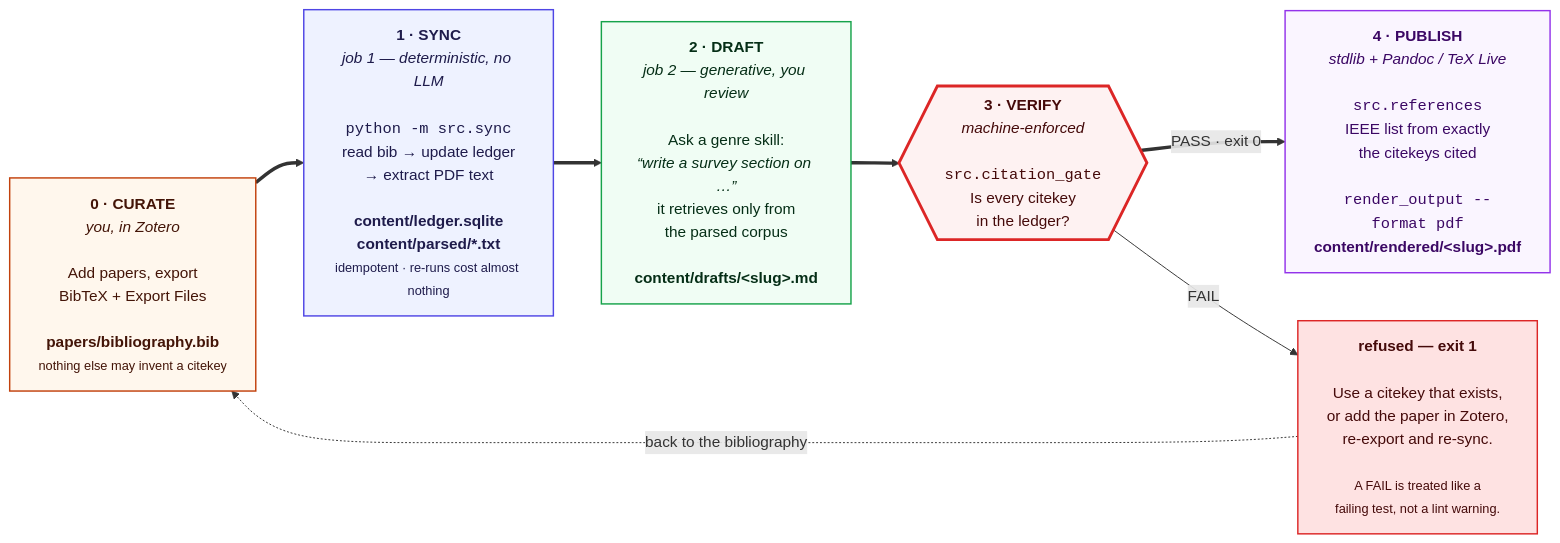
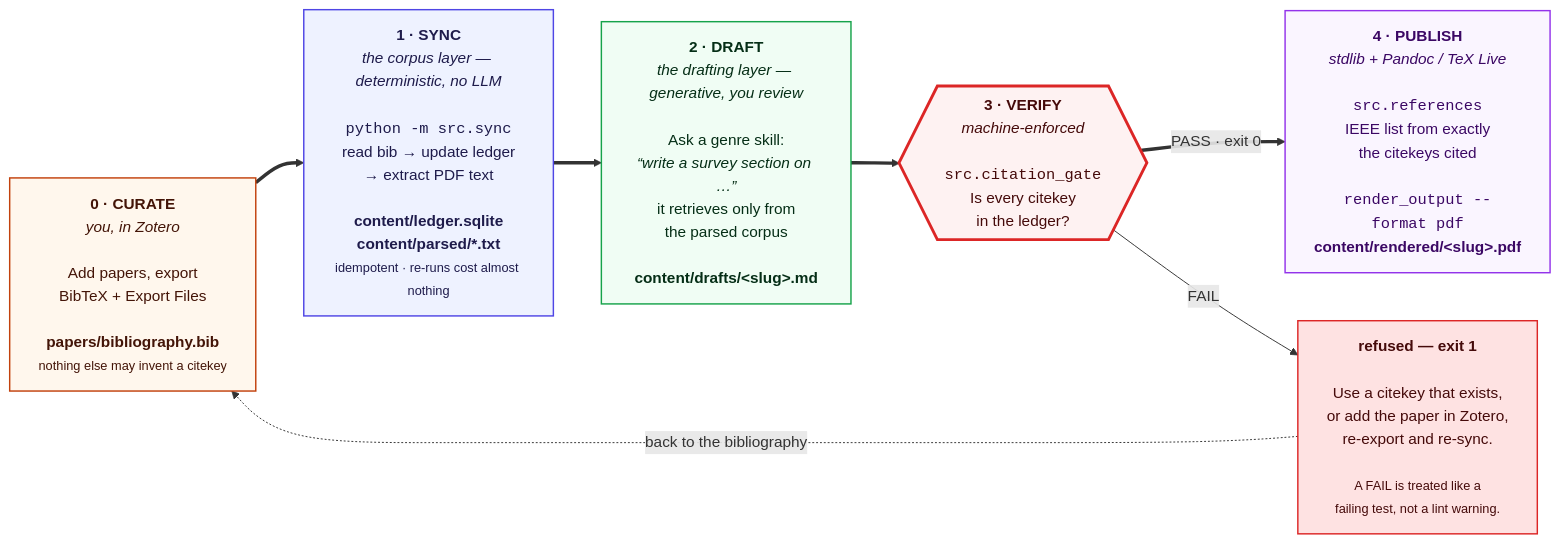
Before and after one commit to prasadtalasila/automated-research: the diagram in README.md, drawn with Mermaid. The commit also changed other lines of this file and 33 other files, not shown here.

````diff
--- a/README.md
+++ b/README.md
@@ -46,34 +42,34 @@
 ```mermaid
 flowchart LR
 
   P0["<b>0 · CURATE</b><br/><i>you, in Zotero</i><br/><br/>Add papers, export<br/>BibTeX + Export Files<br/><br/><b>papers/bibliography.bib</b><br/><small>nothing else may invent a citekey</small>"]
 
-  P1["<b>1 · SYNC</b><br/><i>job 1 — deterministic, no LLM</i><br/><br/><code>python -m src.sync</code><br/>read bib → update ledger<br/>→ extract PDF text<br/><br/><b>content/ledger.sqlite</b><br/><b>content/parsed/*.txt</b><br/><small>idempotent · re-runs cost almost nothing</small>"]
+  P1["<b>1 · SYNC</b><br/><i>the corpus layer — deterministic, no LLM</i><br/><br/><code>python -m src.sync</code><br/>read bib → update ledger<br/>→ extract PDF text<br/><br/><b>content/ledger.sqlite</b><br/><b>content/parsed/*.txt</b><br/><small>idempotent · re-runs cost almost nothing</small>"]
 
-  P2["<b>2 · DRAFT</b><br/><i>job 2 — generative, you review</i><br/><br/>Ask a genre skill:<br/><i>“write a survey section on …”</i><br/>it retrieves only from<br/>the parsed corpus<br/><br/><b>content/drafts/&lt;slug&gt;.md</b>"]
+  P2["<b>2 · DRAFT</b><br/><i>the drafting layer — generative, you review</i><br/><br/>Ask a genre skill:<br/><i>“write a survey section on …”</i><br/>it retrieves only from<br/>the parsed corpus<br/><br/><b>content/drafts/&lt;slug&gt;.md</b>"]
 
   P3{{"<b>3 · VERIFY</b><br/><i>machine-enforced</i><br/><br/><code>src.citation_gate</code><br/>Is every citekey<br/>in the ledger?"}}
 
   P4["<b>4 · PUBLISH</b><br/><i>stdlib + Pandoc / TeX Live</i><br/><br/><code>src.references</code><br/>IEEE list from exactly<br/>the citekeys cited<br/><br/><code>render_output --format pdf</code><br/><b>content/rendered/&lt;slug&gt;.pdf</b>"]
 
   FIX["<b>refused — exit 1</b><br/><br/>Use a citekey that exists,<br/>or add the paper in Zotero,<br/>re-export and re-sync.<br/><br/><small>A FAIL is treated like a<br/>failing test, not a lint warning.</small>"]
 
   P0 ==> P1 ==> P2 ==> P3
   P3 == "PASS · exit 0" ==> P4
   P3 -- "FAIL" --> FIX
   FIX -. "back to the bibliography" .-> P0
 
   classDef you fill:#fff7ed,stroke:#c2410c,stroke-width:1.5px,color:#431407
   classDef det fill:#eef2ff,stroke:#4f46e5,stroke-width:1.5px,color:#1e1b4b
   classDef gen fill:#f0fdf4,stroke:#16a34a,stroke-width:1.5px,color:#052e16
   classDef gate fill:#fef2f2,stroke:#dc2626,stroke-width:3px,color:#450a0a
   classDef out fill:#faf5ff,stroke:#9333ea,stroke-width:1.5px,color:#3b0764
   classDef bad fill:#fee2e2,stroke:#dc2626,stroke-width:1.5px,color:#450a0a
 
   class P0 you
   class P1 det
   class P2 gen
   class P3 gate
   class P4 out
   class FIX bad
 ```
````
